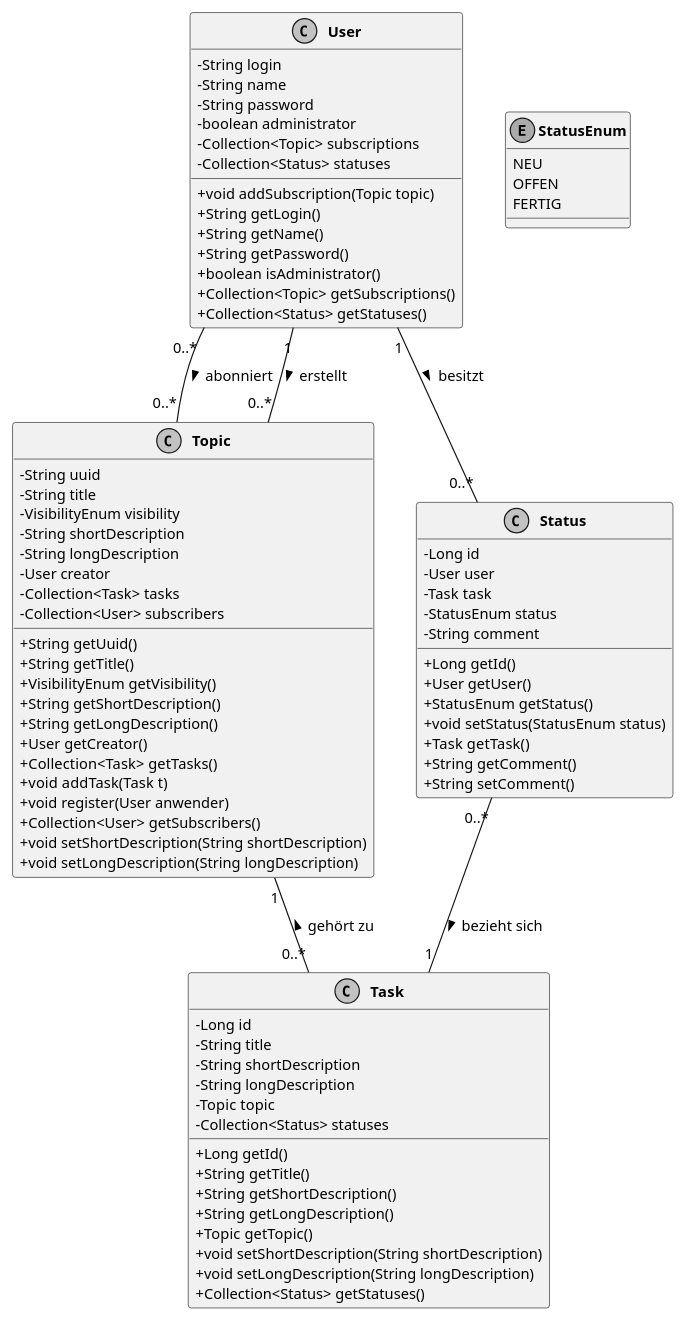
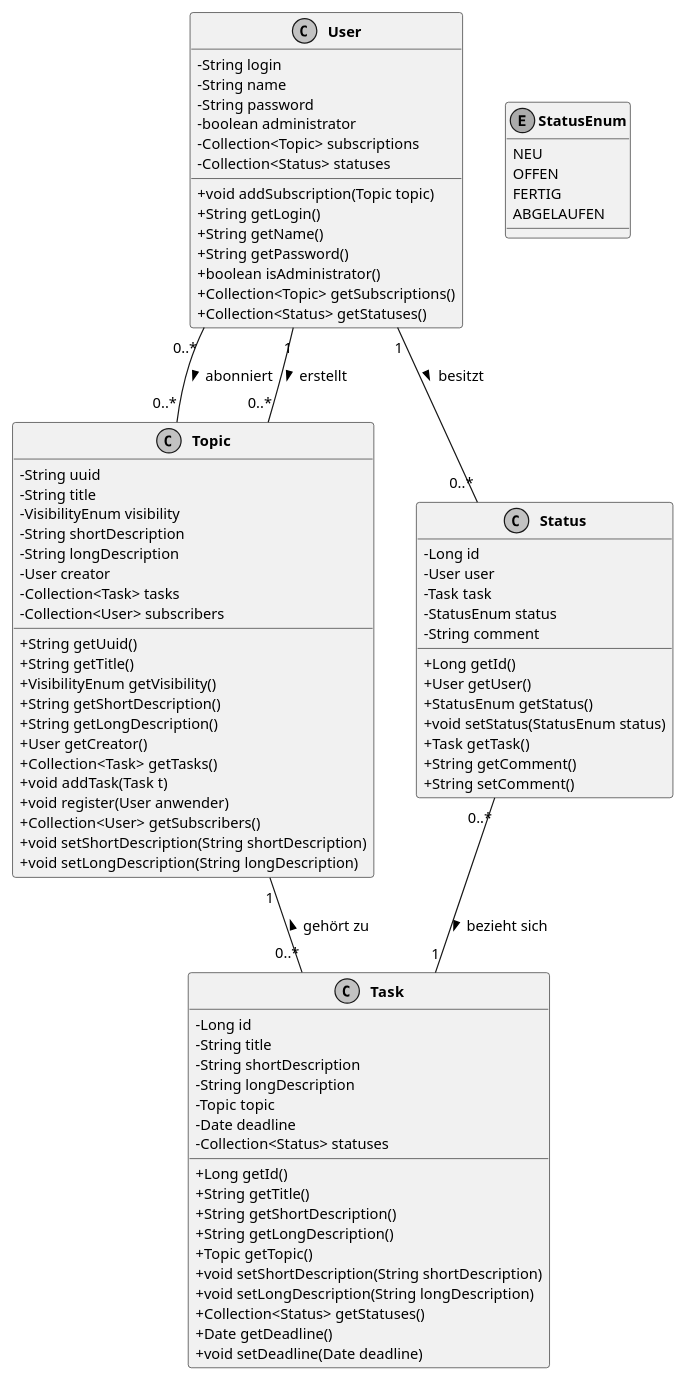
The diagram in doku/Datenmodell.plantuml (SimonHirner/agenda20), drawn with PlantUML before and after one commit. The commit also changed 7 other files, not shown here.

```diff
--- a/doku/Datenmodell.plantuml
+++ b/doku/Datenmodell.plantuml
@@ -1,97 +1,101 @@
 @startuml
 
 ' Layout
 skinparam classAttributeIconSize 0
 skinparam monochrome true
 skinparam shadowing false
 skinparam DefaultFontName arial
 skinparam DefaultFontSize 12
 skinparam ClassFontStyle bold
 hide empty fields
 
 ' Assoziationen
 User "0..*" -- "0..*" Topic : > abonniert
 User "1" -- "0..*" Topic : > erstellt
 User "1" -- "0..*" Status : > besitzt
 Topic "1" -- "0..*" Task : < gehört zu
 Status "0..*" -- "1" Task : > bezieht sich
 
 ' Klassen
 class Status [[java:edu.hm.cs.katz.swt2.agenda.persistence.Status]] {
 	-Long id
 	-User user
 	-Task task
 	-StatusEnum status
 	-String comment
 	+Long getId()
 	+User getUser()
 	+StatusEnum getStatus()
 	+void setStatus(StatusEnum status)
 	+Task getTask()
 	+String getComment()
 	+String setComment()
 }
 
 class Task [[java:edu.hm.cs.katz.swt2.agenda.persistence.Task]] {
 	-Long id
 	-String title
 	-String shortDescription
 	-String longDescription
 	-Topic topic
+	-Date deadline
 	-Collection<Status> statuses
 	+Long getId()
 	+String getTitle()
 	+String getShortDescription()
 	+String getLongDescription()
 	+Topic getTopic()
 	+void setShortDescription(String shortDescription)
 	+void setLongDescription(String longDescription)
 	+Collection<Status> getStatuses()
+	+Date getDeadline()
+	+void setDeadline(Date deadline)
 }
 
 class User [[java:edu.hm.cs.katz.swt2.agenda.persistence.User]] {
 	-String login
 	-String name
 	-String password
 	-boolean administrator
 	-Collection<Topic> subscriptions
 	-Collection<Status> statuses
 	+void addSubscription(Topic topic)
 	+String getLogin()
 	+String getName()
 	+String getPassword()
 	+boolean isAdministrator()
 	+Collection<Topic> getSubscriptions()
 	+Collection<Status> getStatuses()
 }
 
 class Topic [[java:edu.hm.cs.katz.swt2.agenda.persistence.Topic]] {
 	-String uuid
 	-String title
 	-VisibilityEnum visibility
 	-String shortDescription
 	-String longDescription
 	-User creator
 	-Collection<Task> tasks
 	-Collection<User> subscribers
 	+String getUuid()
 	+String getTitle()
 	+VisibilityEnum getVisibility()
 	+String getShortDescription()
 	+String getLongDescription()
 	+User getCreator()
 	+Collection<Task> getTasks()
 	+void addTask(Task t)
 	+void register(User anwender)
 	+Collection<User> getSubscribers()
 	+void setShortDescription(String shortDescription)
 	+void setLongDescription(String longDescription)
 }
 
 enum StatusEnum [[java:edu.hm.cs.katz.swt2.agenda.common.StatusEnum]] {
 	NEU
 	OFFEN
 	FERTIG
+	ABGELAUFEN
 }
 
 @enduml
```
